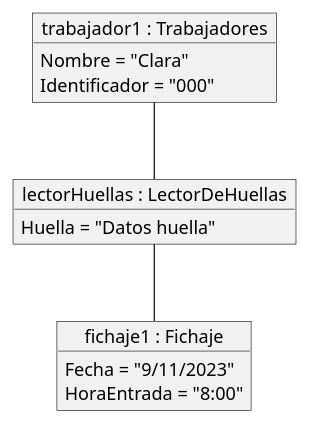
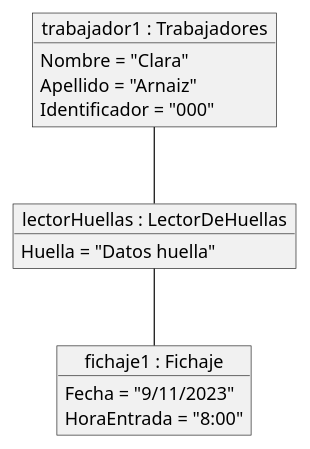
One commit to mmasias/23-24-IdSw1-SDR changed the diagram in modelosUML/diagramasObjetos/diagramaObjetos001.puml. Above: the diagram before and after it, drawn with PlantUML.

```diff
--- a/modelosUML/diagramasObjetos/diagramaObjetos001.puml
+++ b/modelosUML/diagramasObjetos/diagramaObjetos001.puml
@@ -1,20 +1,21 @@
 @startuml Registro de un fichaje
 
 object "trabajador1 : Trabajadores" as trabajador1 {
     Nombre = "Clara"
+    Apellido = "Arnaiz"
     Identificador = "000"
 }
 
 object "lectorHuellas : LectorDeHuellas" as lectorHuellas {
     Huella = "Datos huella"
 }
 
 object "fichaje1 : Fichaje" as fichaje1 {
     Fecha = "9/11/2023"
     HoraEntrada = "8:00"
 }
 
 trabajador1 -- lectorHuellas
 lectorHuellas -- fichaje1
 
 @enduml
```
